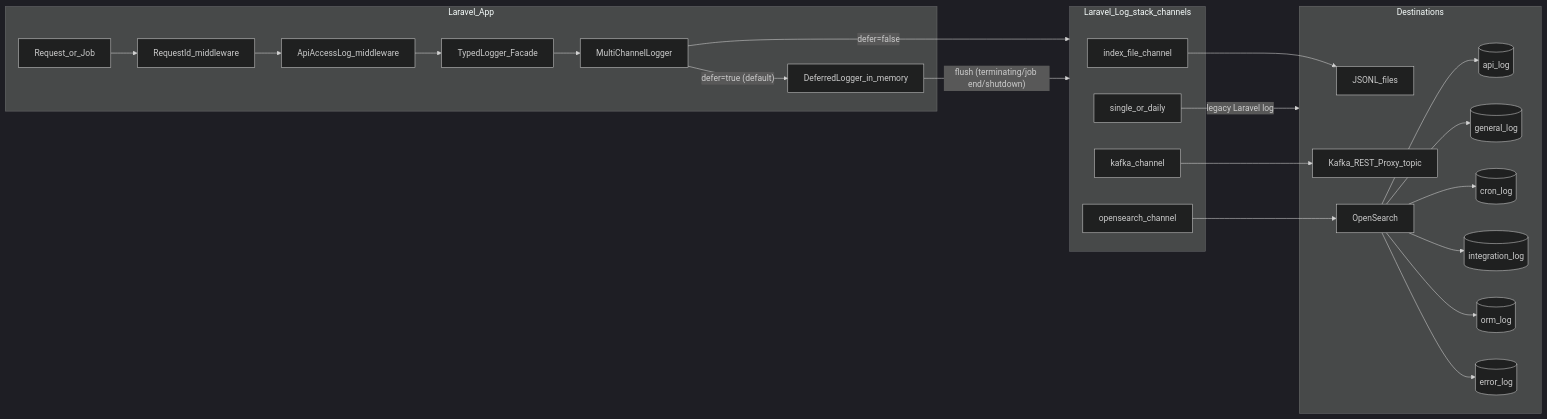
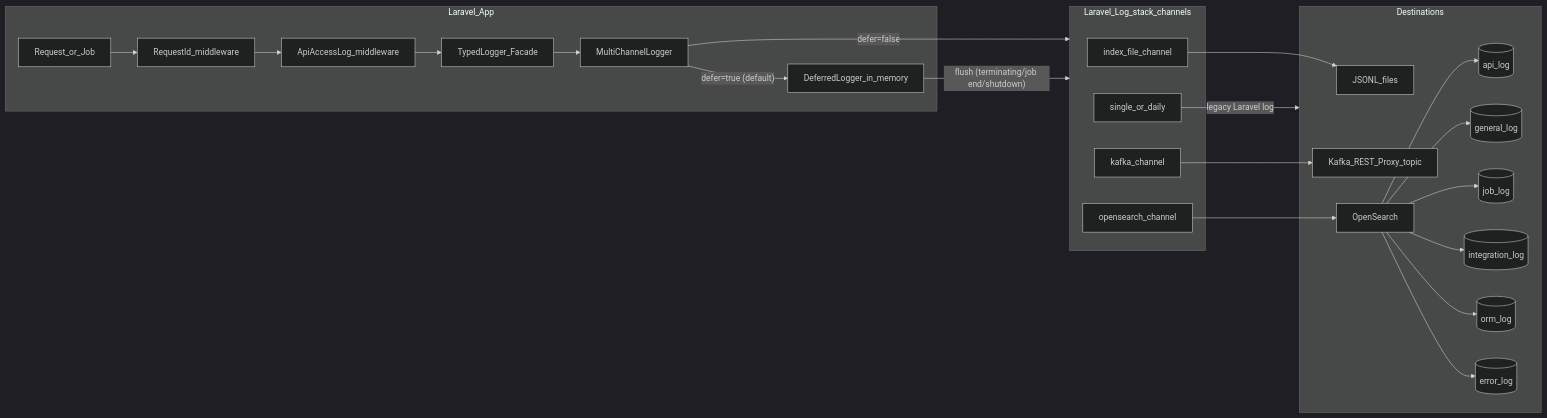
The diagram in docs/opensearch-diagram.md (DoubleStar93/laravel-logger), drawn with Mermaid (dark theme) before and after one commit. The commit also changed 37 other files, not shown here.

````diff
--- a/docs/opensearch-diagram.md
+++ b/docs/opensearch-diagram.md
@@ -5,47 +5,47 @@
 ```mermaid
 flowchart LR
   subgraph App["Laravel_App"]
     Request[Request_or_Job]
     MW_RequestId[RequestId_middleware]
     MW_ApiAccess[ApiAccessLog_middleware]
     Typed[TypedLogger_Facade]
     Multi[MultiChannelLogger]
     Deferred[DeferredLogger_in_memory]
   end
 
   subgraph Stack["Laravel_Log_stack_channels"]
     Ch_index_file[index_file_channel]
     Ch_kafka[kafka_channel]
     Ch_opensearch[opensearch_channel]
     Ch_single[single_or_daily]
   end
 
   subgraph Destinations["Destinations"]
     Files["JSONL_files"]
     Kafka["Kafka_REST_Proxy_topic"]
     OS["OpenSearch"]
     OS_api[(api_log)]
     OS_general[(general_log)]
-    OS_cron[(cron_log)]
+    OS_job[(job_log)]
     OS_integration[(integration_log)]
     OS_orm[(orm_log)]
     OS_error[(error_log)]
   end
 
   Request --> MW_RequestId --> MW_ApiAccess --> Typed --> Multi
   Multi -->|"defer=true (default)"| Deferred
   Multi -->|"defer=false"| Stack
   Deferred -->|"flush (terminating/job end/shutdown)"| Stack
 
   Ch_index_file --> Files
   Ch_kafka --> Kafka
   Ch_opensearch --> OS
   Ch_single -->|"legacy Laravel log"| Destinations
 
   OS --> OS_api
   OS --> OS_general
-  OS --> OS_cron
+  OS --> OS_job
   OS --> OS_integration
   OS --> OS_orm
   OS --> OS_error
 ```
````
